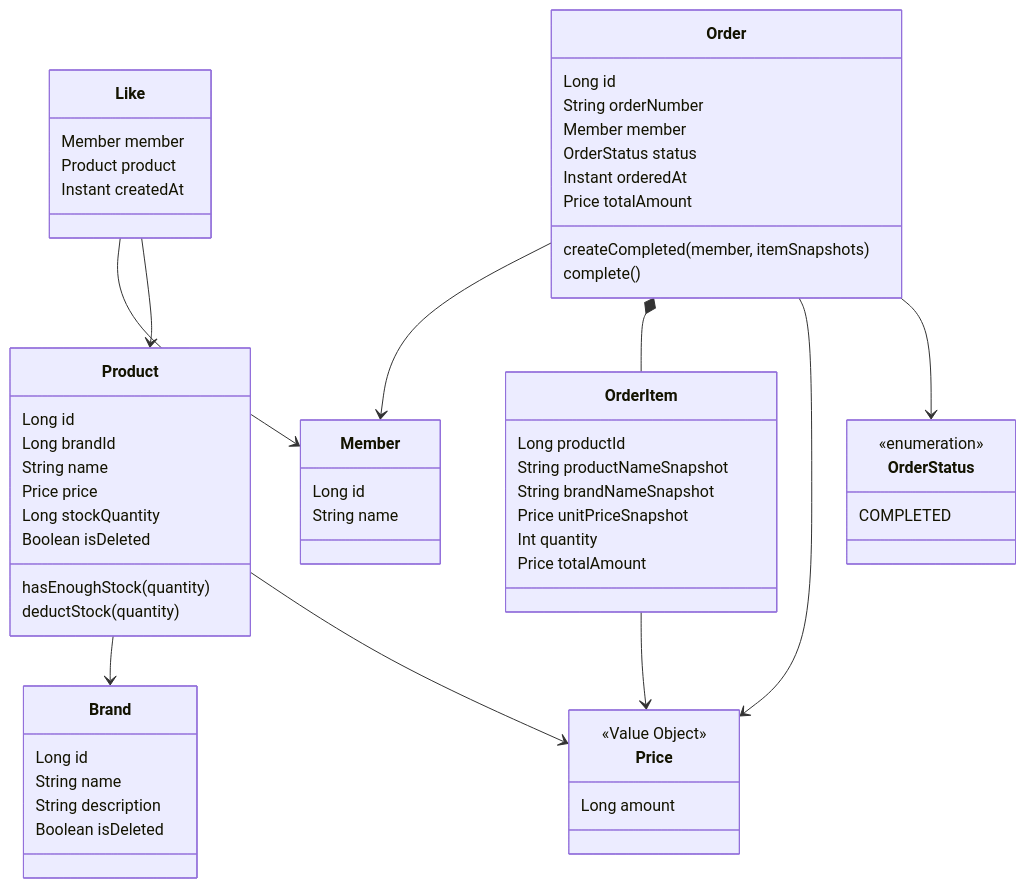
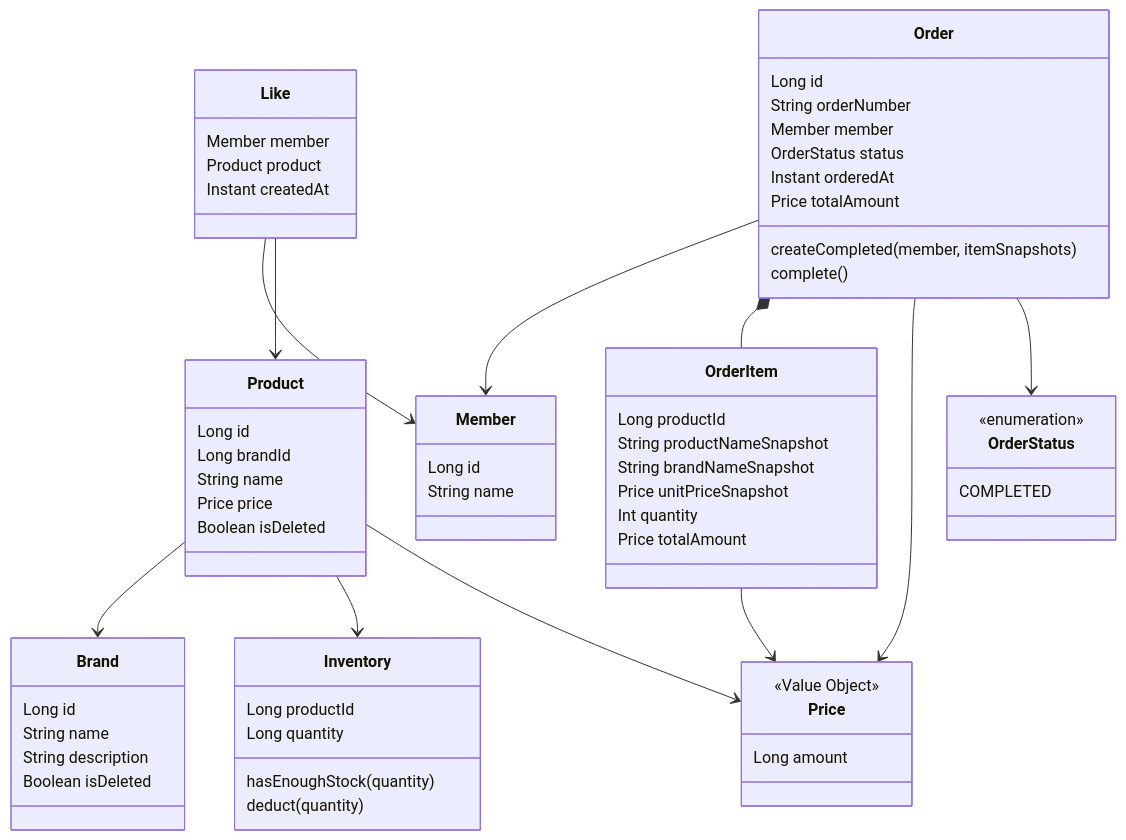
One commit to loopers-labs/loop-pack-be-l2-vol4-kotlin changed the diagram in docs/week2/09-class-diagram.md. Above: the diagram before and after it, drawn with Mermaid. The commit also changed other lines of this file and 9 other files, not shown here.

````diff
--- a/docs/week2/09-class-diagram.md
+++ b/docs/week2/09-class-diagram.md
@@ -10,73 +10,78 @@
 ```mermaid
 classDiagram
     direction TB
 
     class Brand {
         Long id
         String name
         String description
         Boolean isDeleted
     }
 
     class Product {
         Long id
         Long brandId
         String name
         Price price
-        Long stockQuantity
         Boolean isDeleted
+    }
+
+    class Inventory {
+        Long productId
+        Long quantity
         hasEnoughStock(quantity)
-        deductStock(quantity)
+        deduct(quantity)
     }
 
     class Like {
         Member member
         Product product
         Instant createdAt
     }
 
     class Member {
         Long id
         String name
     }
 
     class Order {
         Long id
         String orderNumber
         Member member
         OrderStatus status
         Instant orderedAt
         Price totalAmount
         createCompleted(member, itemSnapshots)
         complete()
     }
 
     class OrderItem {
         Long productId
         String productNameSnapshot
         String brandNameSnapshot
         Price unitPriceSnapshot
         Int quantity
         Price totalAmount
     }
 
     class Price {
         <<Value Object>>
         Long amount
     }
 
     class OrderStatus {
         <<enumeration>>
         COMPLETED
     }
 
     Product --> Brand
+    Product --> Inventory
     Like --> Member
     Like --> Product
     Order --> Member
     Order *-- OrderItem
     Order --> Price
     OrderItem --> Price
     Product --> Price
     Order --> OrderStatus
 ```
````
